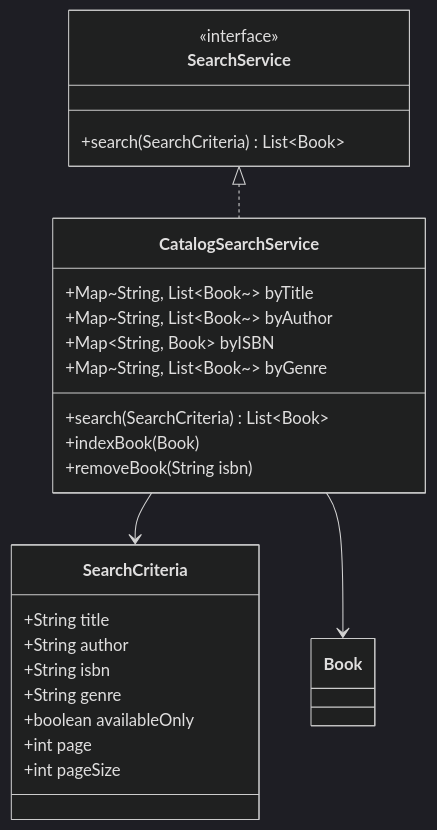
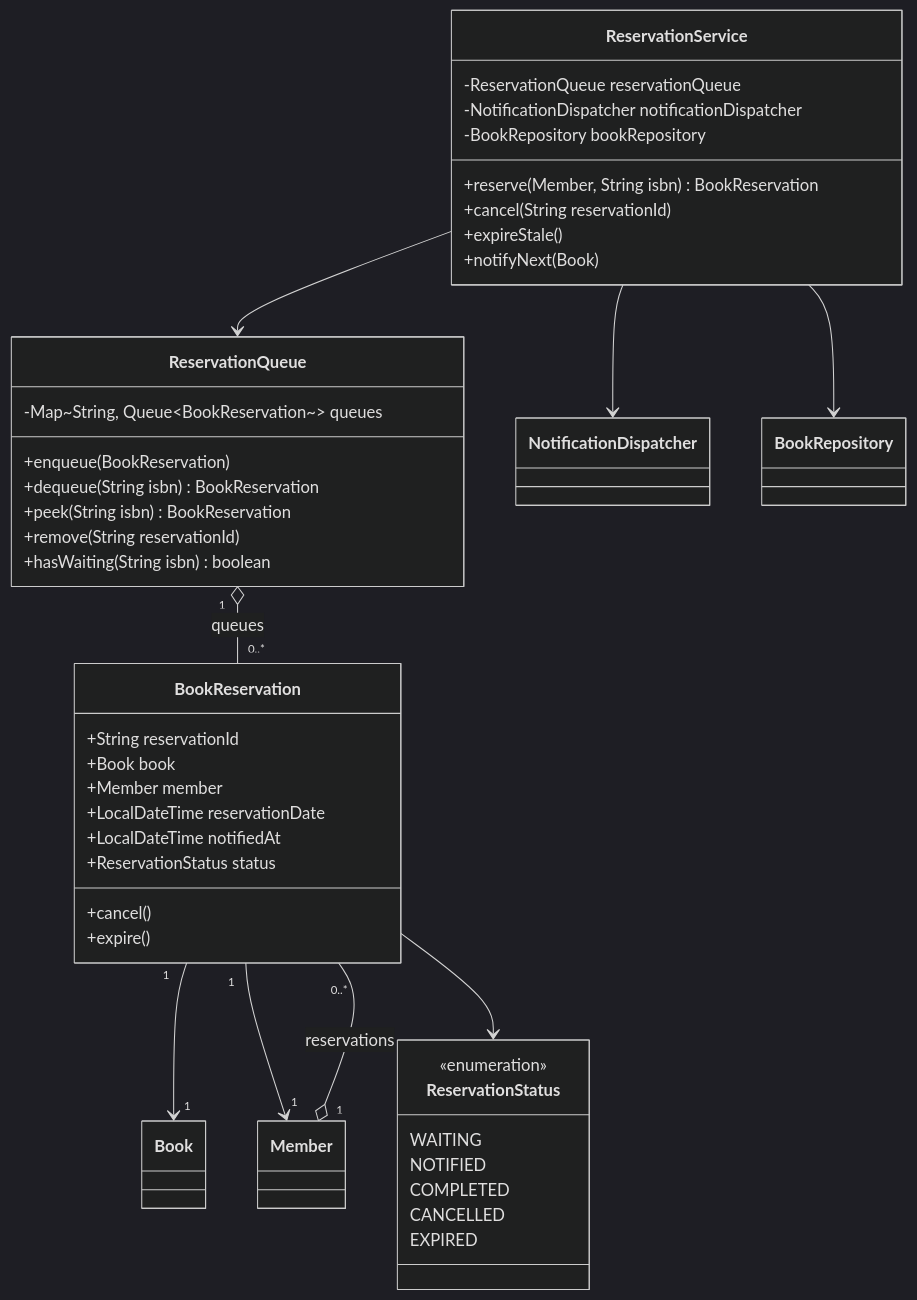
One commit to Arnavjain1703/LLD changed the fifth of 9 diagrams in LibraryManagementSystem/class-diagram.md. Above: the diagram before and after it, drawn with Mermaid (dark theme). The commit also changed other lines of this file, not shown here.

````diff
--- a/LibraryManagementSystem/class-diagram.md
+++ b/LibraryManagementSystem/class-diagram.md
@@ -253,31 +329,50 @@
 ```mermaid
 classDiagram
-    class SearchCriteria {
-        +String title
-        +String author
-        +String isbn
-        +String genre
-        +boolean availableOnly
-        +int page
-        +int pageSize
+    class ReservationStatus {
+        <<enumeration>>
+        WAITING
+        NOTIFIED
+        COMPLETED
+        CANCELLED
+        EXPIRED
     }
 
-    class SearchService {
-        <<interface>>
-        +search(SearchCriteria) List~Book~
+    class BookReservation {
+        +String reservationId
+        +Book book
+        +Member member
+        +LocalDateTime reservationDate
+        +LocalDateTime notifiedAt
+        +ReservationStatus status
+        +cancel()
+        +expire()
     }
 
-    class CatalogSearchService {
-        +Map~String, List~Book~~ byTitle
-        +Map~String, List~Book~~ byAuthor
-        +Map~String, Book~ byISBN
-        +Map~String, List~Book~~ byGenre
-        +search(SearchCriteria) List~Book~
-        +indexBook(Book)
-        +removeBook(String isbn)
+    class ReservationQueue {
+        -Map~String, Queue~BookReservation~~ queues
+        +enqueue(BookReservation)
+        +dequeue(String isbn) BookReservation
+        +peek(String isbn) BookReservation
+        +remove(String reservationId)
+        +hasWaiting(String isbn) boolean
     }
 
-    SearchService <|.. CatalogSearchService
-    CatalogSearchService --> SearchCriteria
-    CatalogSearchService --> Book
+    class ReservationService {
+        -ReservationQueue reservationQueue
+        -NotificationDispatcher notificationDispatcher
+        -BookRepository bookRepository
+        +reserve(Member, String isbn) BookReservation
+        +cancel(String reservationId)
+        +expireStale()
+        +notifyNext(Book)
+    }
+
+    BookReservation "1" --> "1" Book
+    BookReservation "1" --> "1" Member
+    BookReservation --> ReservationStatus
+    ReservationQueue "1" o-- "0..*" BookReservation : queues
+    ReservationService --> ReservationQueue
+    ReservationService --> NotificationDispatcher
+    ReservationService --> BookRepository
+    Member "1" o-- "0..*" BookReservation : reservations
 ```
````
